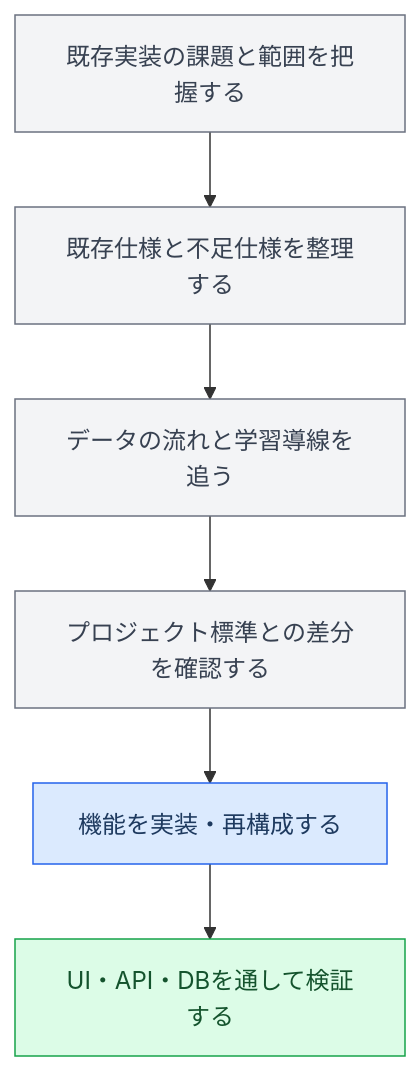
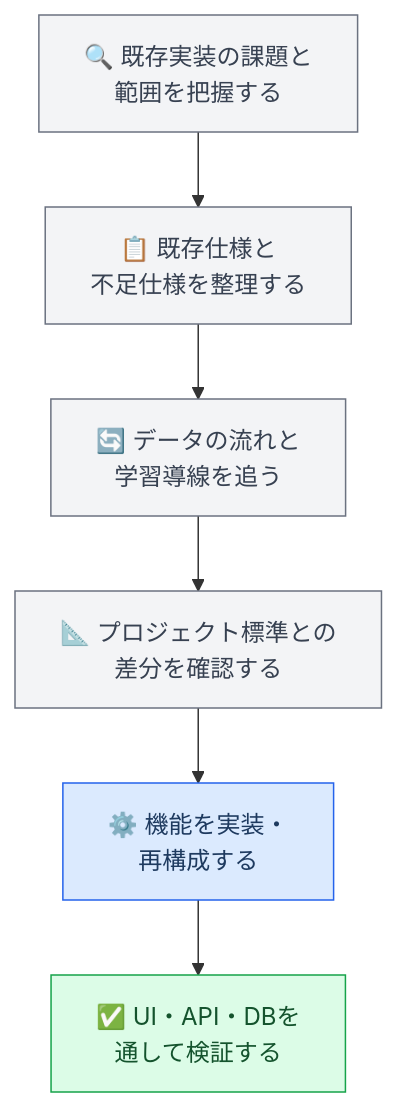
One commit to Yucco-K/tech-blog-1 changed the first of 4 diagrams in articles/custom-learning-roadmap.md. Above: the diagram before and after it, drawn with Mermaid. The commit also changed other lines of this file, not shown here.

Commit message:
improve: Mermaid図4つの見た目・可読性を改善

````diff
--- a/articles/custom-learning-roadmap.md
+++ b/articles/custom-learning-roadmap.md
@@ -56,15 +56,15 @@
 ```mermaid
 flowchart TD
-  A[既存実装の課題と範囲を把握する] --> B[既存仕様と不足仕様を整理する]
-  B --> C[データの流れと学習導線を追う]
-  C --> D[プロジェクト標準との差分を確認する]
-  D --> E[機能を実装・再構成する]
-  E --> F[UI・API・DBを通して検証する]
+  A["🔍 既存実装の課題と<br/>範囲を把握する"] --> B["📋 既存仕様と<br/>不足仕様を整理する"]
+  B --> C["🔄 データの流れと<br/>学習導線を追う"]
+  C --> D["📐 プロジェクト標準との<br/>差分を確認する"]
+  D --> E["⚙️ 機能を実装・<br/>再構成する"]
+  E --> F["✅ UI・API・DBを<br/>通して検証する"]
 
+  classDef gray fill:#f3f4f6,stroke:#6b7280,color:#374151
   classDef blue fill:#dbeafe,stroke:#2563eb,color:#1e3a5f
   classDef green fill:#dcfce7,stroke:#16a34a,color:#14532d
-  classDef gray fill:#f3f4f6,stroke:#6b7280,color:#374151
   class A,B,C,D gray
   class E blue
   class F green
 ```
````
